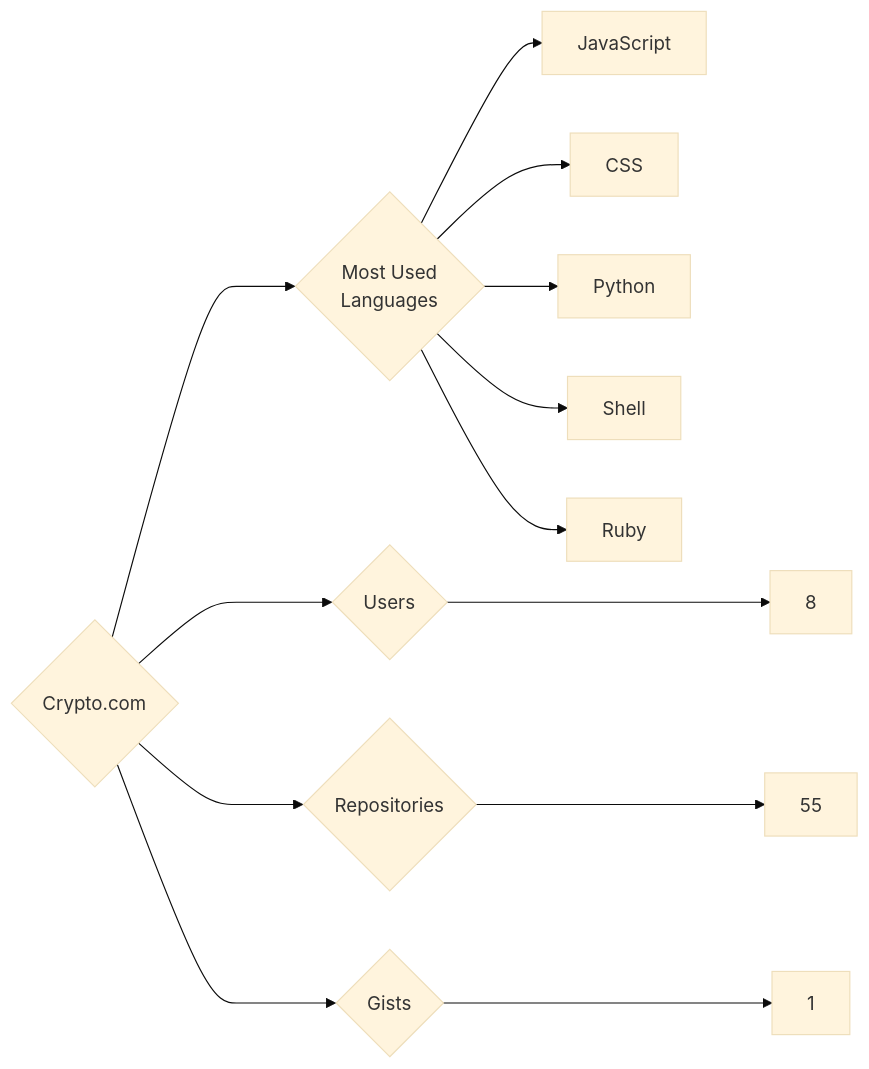
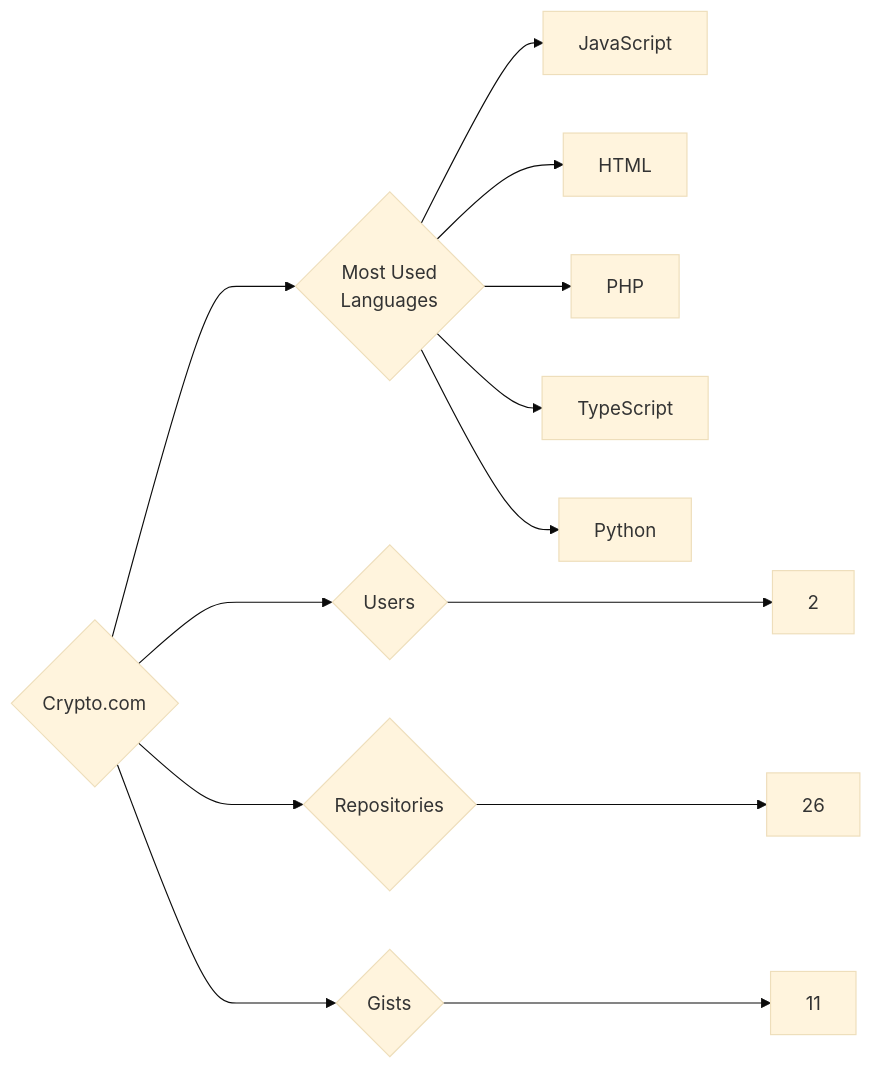
One commit to trickest/insiders changed the diagram in targets/Crypto.com/README.md. Above: the diagram before and after it, drawn with Mermaid (base theme). The commit also changed 894 other files, not shown here.

````diff
--- a/targets/Crypto.com/README.md
+++ b/targets/Crypto.com/README.md
@@ -3,13 +3,13 @@
 ```mermaid
 graph LR
 COMPANY_NAME{Crypto.com}
-COMPANY_NAME ---> U{Users} ---> UN[8]
-COMPANY_NAME ---> R{Repositories} ---> RN[55]
-COMPANY_NAME ---> G{Gists} ---> GN[1]
+COMPANY_NAME ---> U{Users} ---> UN[2]
+COMPANY_NAME ---> R{Repositories} ---> RN[26]
+COMPANY_NAME ---> G{Gists} ---> GN[11]
 COMPANY_NAME ---> ML{Most Used<br>Languages}
 ML --> JavaScript[JavaScript]
-ML --> CSS[CSS]
+ML --> HTML[HTML]
+ML --> PHP[PHP]
+ML --> TypeScript[TypeScript]
 ML --> Python[Python]
-ML --> Shell[Shell]
-ML --> Ruby[Ruby]
 ```
````
